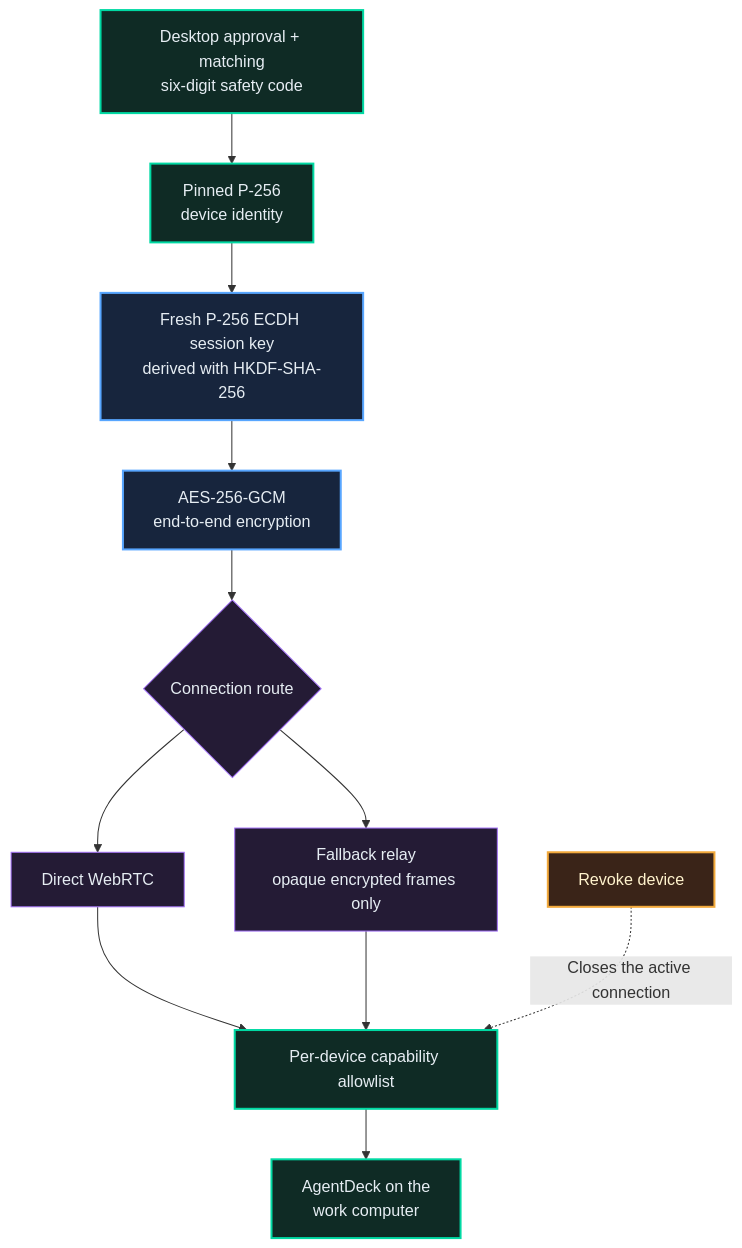
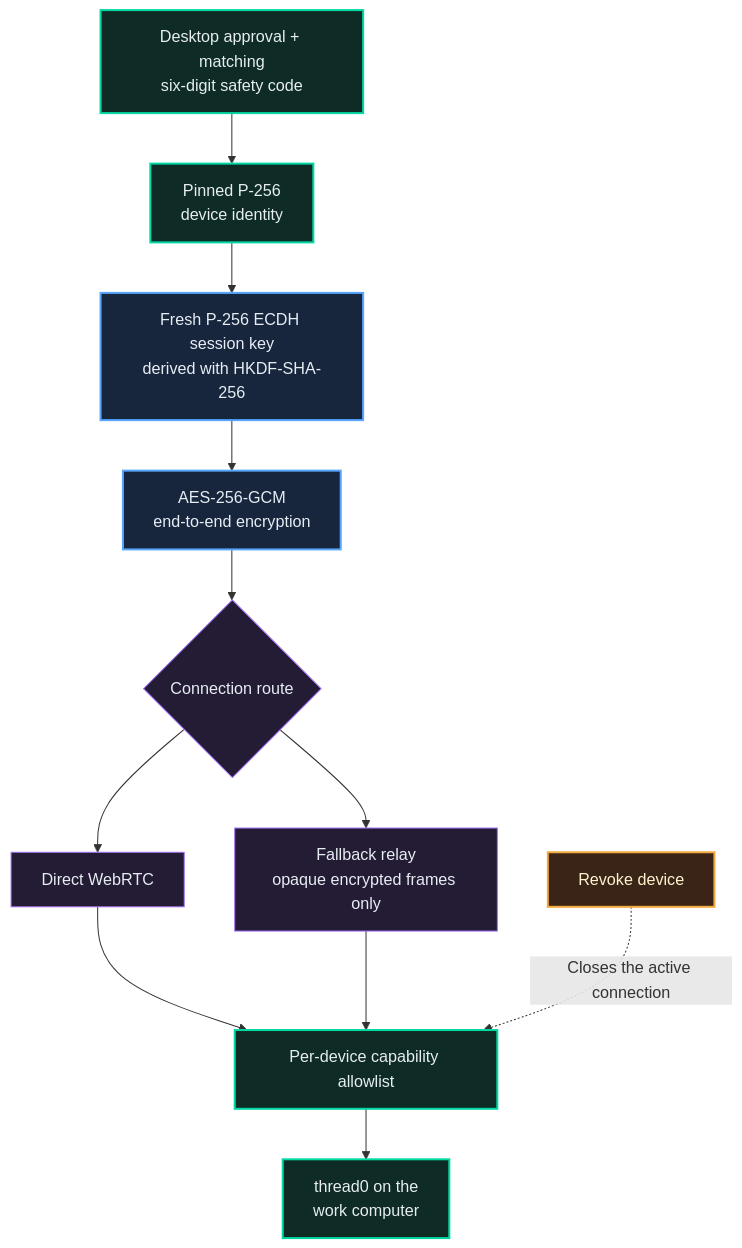
One commit to GenDistrict/AgentDeck changed the third of 3 diagrams in README.md. Above: the diagram before and after it, drawn with Mermaid. The commit also changed other lines of this file and 2 other files, not shown here.

````diff
--- a/README.md
+++ b/README.md
@@ -160,22 +160,22 @@
 ```mermaid
 flowchart TB
     Pair["Desktop approval + matching<br/>six-digit safety code"] --> Identity["Pinned P-256<br/>device identity"]
     Identity --> Key["Fresh P-256 ECDH session key<br/>derived with HKDF-SHA-256"]
     Key --> Cipher["AES-256-GCM<br/>end-to-end encryption"]
     Cipher --> Route{"Connection route"}
     Route --> Direct["Direct WebRTC"]
     Route --> Relay["Fallback relay<br/>opaque encrypted frames only"]
     Direct --> Gate["Per-device capability allowlist"]
     Relay --> Gate
-    Gate --> Desktop["AgentDeck on the<br/>work computer"]
+    Gate --> Desktop["thread0 on the<br/>work computer"]
     Revoke["Revoke device"] -. "Closes the active connection" .-> Gate
 
     classDef trust fill:#0f2b25,stroke:#00d9a3,color:#e6edf3,stroke-width:2px
     classDef crypto fill:#17253d,stroke:#58a6ff,color:#e6edf3,stroke-width:2px
     classDef transport fill:#241b35,stroke:#a371f7,color:#e6edf3
     classDef revoke fill:#3a2418,stroke:#f2a93b,color:#fff3cd,stroke-width:2px
     class Pair,Identity,Gate,Desktop trust
     class Key,Cipher crypto
     class Route,Direct,Relay transport
     class Revoke revoke
 ```
````
